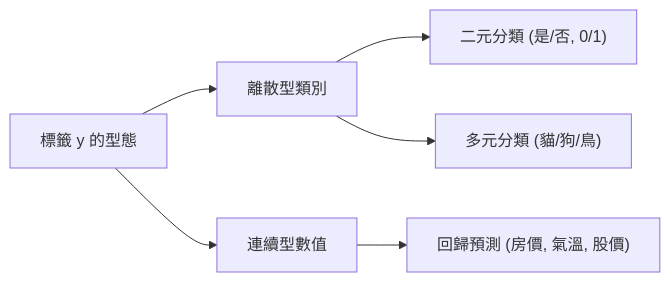
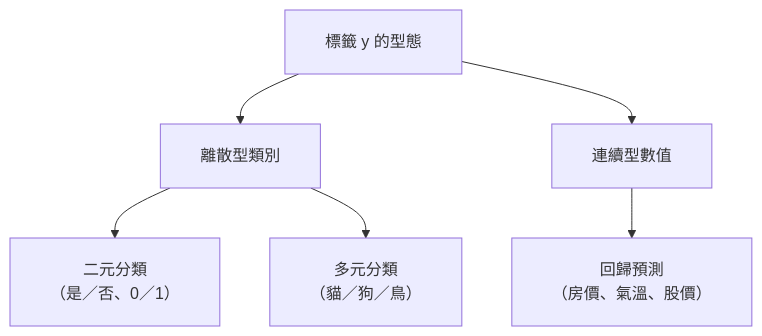
One commit to roberthsu2003/machine_learning changed the diagram in 名詞解釋/02_數據結構/README.md. Above: the diagram before and after it, drawn with Mermaid.

Commit message:
修正標籤任務型態 Mermaid 圖表文字顯示

````diff
--- a/名詞解釋/02_數據結構/README.md
+++ b/名詞解釋/02_數據結構/README.md
@@ -70,8 +70,9 @@
 ```mermaid
-flowchart LR
+%%{init: {"flowchart": {"htmlLabels": false, "padding": 20}}}%%
+flowchart TD
     Label["標籤 y 的型態"] --> Discrete["離散型類別"]
     Label --> Continuous["連續型數值"]
-    Discrete --> Binary["二元分類 (是/否, 0/1)"]
-    Discrete --> MultiClass["多元分類 (貓/狗/鳥)"]
-    Continuous --> Reg["回歸預測 (房價, 氣溫, 股價)"]
+    Discrete --> Binary["二元分類<br/>（是／否、0／1）"]
+    Discrete --> MultiClass["多元分類<br/>（貓／狗／鳥）"]
+    Continuous --> Reg["回歸預測<br/>（房價、氣溫、股價）"]
 ```
````
